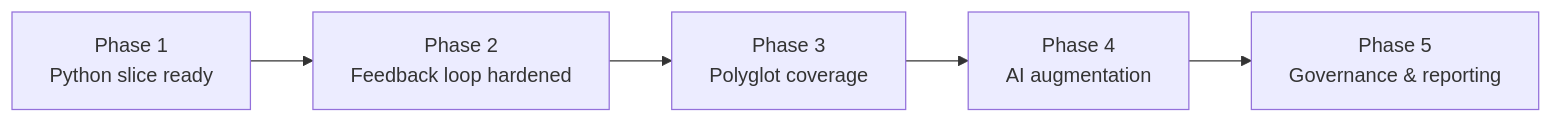
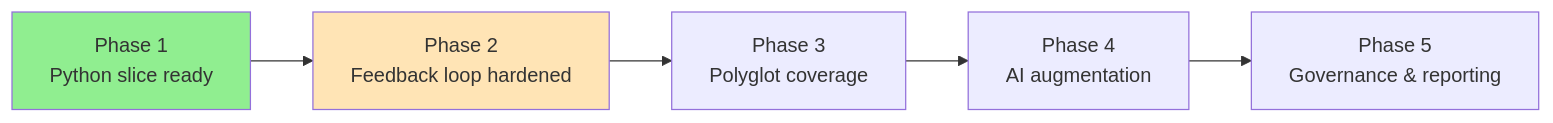
The diagram in docs/explanation/implementation-roadmap.md (IAmJonoBo/Emperator), drawn with Mermaid before and after one commit. The commit also changed other lines of this file and 5 other files, not shown here.

Commit message:
docs: update implementation roadmap with progress tracking

````diff
--- a/docs/explanation/implementation-roadmap.md
+++ b/docs/explanation/implementation-roadmap.md
@@ -5,9 +5,12 @@
 ```mermaid
 flowchart LR
 Phase1[Phase 1<br/>Python slice ready]
 Phase2[Phase 2<br/>Feedback loop hardened]
 Phase3[Phase 3<br/>Polyglot coverage]
 Phase4[Phase 4<br/>AI augmentation]
 Phase5[Phase 5<br/>Governance & reporting]
 Phase1 --> Phase2 --> Phase3 --> Phase4 --> Phase5
+
+style Phase1 fill:#90EE90
+style Phase2 fill:#FFE4B5
 ```
````
